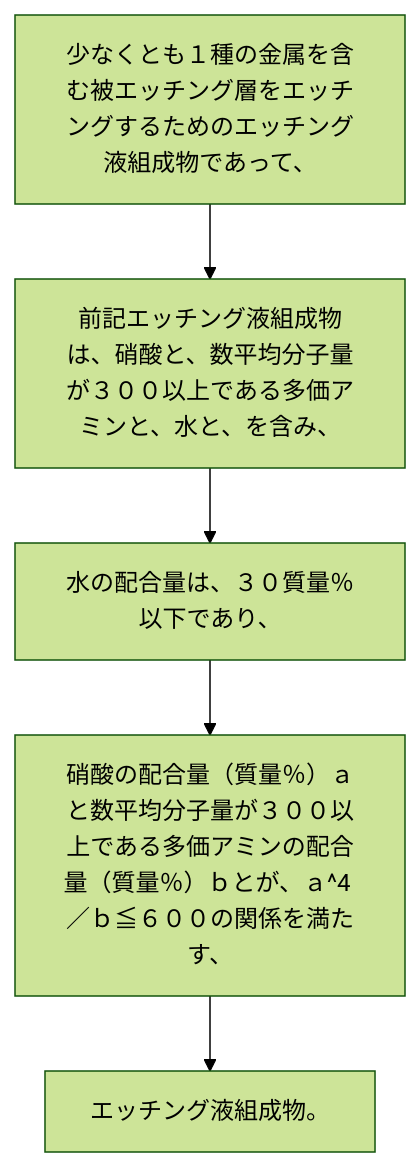
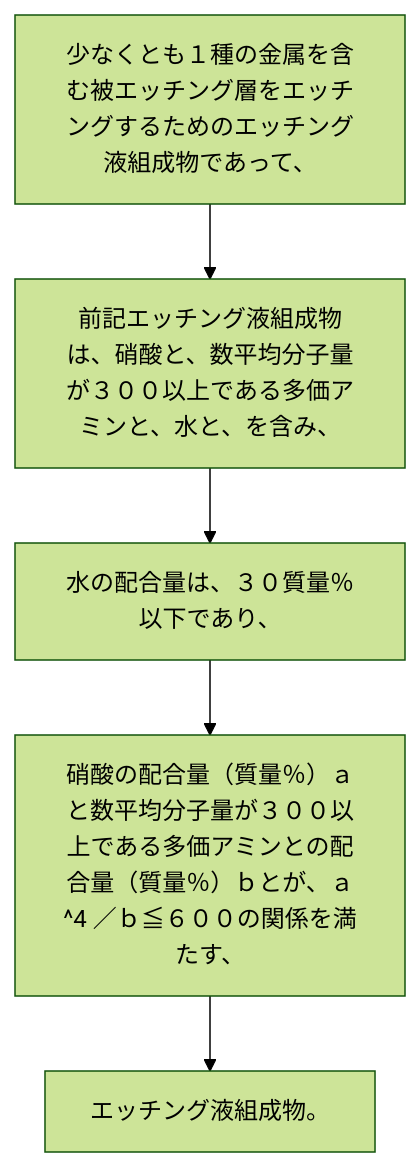
The diagram in 2024/JP2024002670A/claim_1/README.md (shinmori55/patent_analyzed), drawn with Mermaid (forest theme) before and after one commit. The commit also changed 31 other files, not shown here.

````diff
--- a/2024/JP2024002670A/claim_1/README.md
+++ b/2024/JP2024002670A/claim_1/README.md
@@ -7,13 +7,12 @@
 ```mermaid
 flowchart TD
 A[少なくとも１種の金属を含む被エッチング層をエッチングするためのエッチング液組成物であって、]
 B[前記エッチング液組成物は、硝酸と、数平均分子量が３００以上である多価アミンと、水と、を含み、]
 C[水の配合量は、３０質量％以下であり、]
-D[硝酸の配合量（質量％）ａと数平均分子量が３００以上である多価アミンの配合量（質量％）ｂとが、ａ^4 ／ｂ≦６００の関係を満たす、]
+D[硝酸の配合量（質量％）ａと数平均分子量が３００以上である多価アミンとの配合量（質量％）ｂとが、ａ^4 ／ｂ≦６００の関係を満たす、]
 E[エッチング液組成物。]
-
 A --> B
 B --> C
 C --> D
 D --> E
 ```
````
